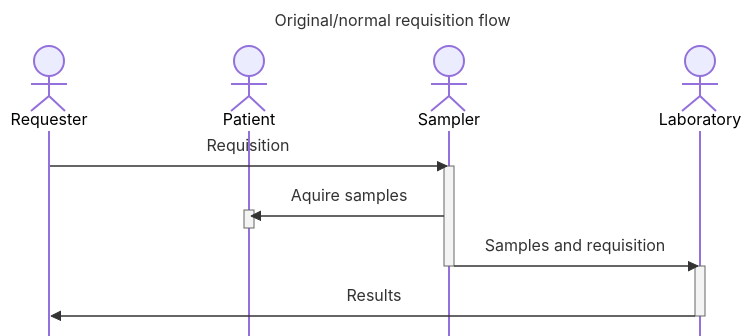
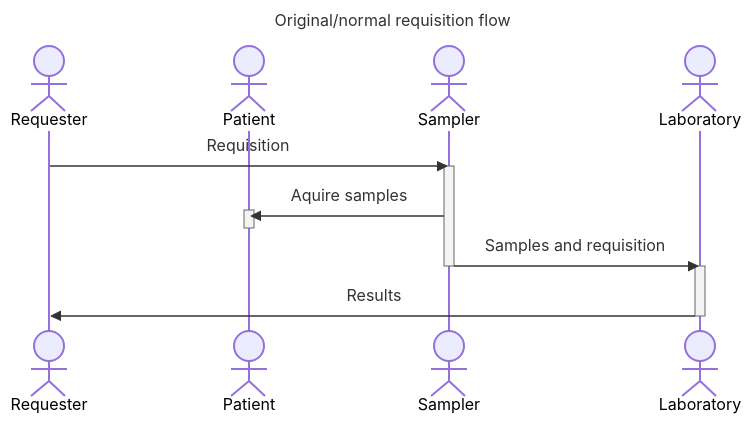
Before and after one commit to HL7Norway/PasientensRekvisisjoner-Parek: the first of 3 diagrams in ParekIG/input/pagecontent/index.md, drawn with Mermaid. The commit also changed 1 other file, not shown here.

Commit message:
Adjust image rendering

````diff
--- a/ParekIG/input/pagecontent/index.md
+++ b/ParekIG/input/pagecontent/index.md
@@ -4,22 +4,29 @@
 ```mermaid
 ---
 title: Original/normal requisition flow
 ---
 sequenceDiagram
-%%{init: {'sequence': {'mirrorActors':false}}}%%
+%%{init: {
+    'sequence': {
+        'mirrorActors':false},
+        'useMaxHeigth': 0
+        },
+    'theme': 'base'}
+    }%%
+
     actor Requester
     actor Patient
     actor Sampler
     actor Laboratory
 
     Requester->>Sampler: Requisition
     activate Sampler
     Sampler->>Patient: Aquire samples
     activate Patient
     deactivate Patient
     Sampler->>Laboratory: Samples and requisition
     deactivate Sampler
     activate Laboratory
     Laboratory->>Requester: Results
     deactivate Laboratory
 ```
````
